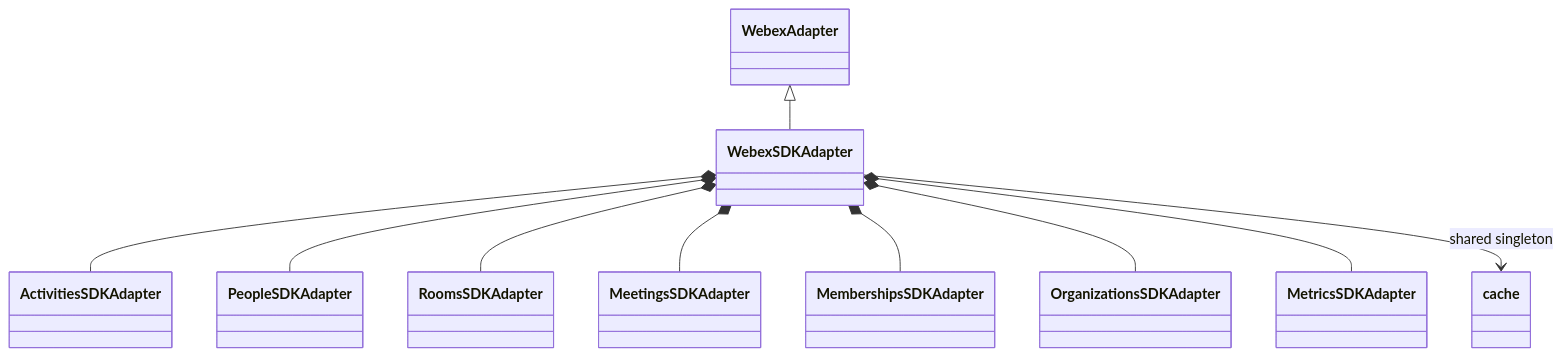
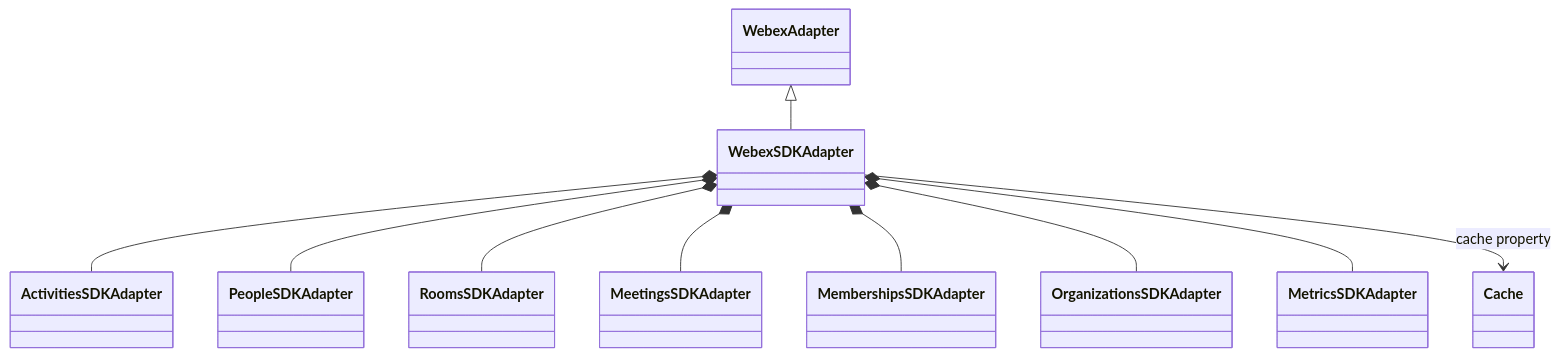
Before and after one commit to webex/sdk-component-adapter: the third of 3 diagrams in src/ai-docs/webex-sdk-adapter-spec.md, drawn with Mermaid. The commit also changed other lines of this file and 13 other files, not shown here.

````diff
--- a/src/ai-docs/webex-sdk-adapter-spec.md
+++ b/src/ai-docs/webex-sdk-adapter-spec.md
@@ -181,12 +153,12 @@
 ```mermaid
 classDiagram
   WebexAdapter <|-- WebexSDKAdapter
   WebexSDKAdapter *-- ActivitiesSDKAdapter
   WebexSDKAdapter *-- PeopleSDKAdapter
   WebexSDKAdapter *-- RoomsSDKAdapter
   WebexSDKAdapter *-- MeetingsSDKAdapter
   WebexSDKAdapter *-- MembershipsSDKAdapter
   WebexSDKAdapter *-- OrganizationsSDKAdapter
   WebexSDKAdapter *-- MetricsSDKAdapter
-  WebexSDKAdapter --> cache : shared singleton
+  WebexSDKAdapter --> Cache : cache property
 ```
````
